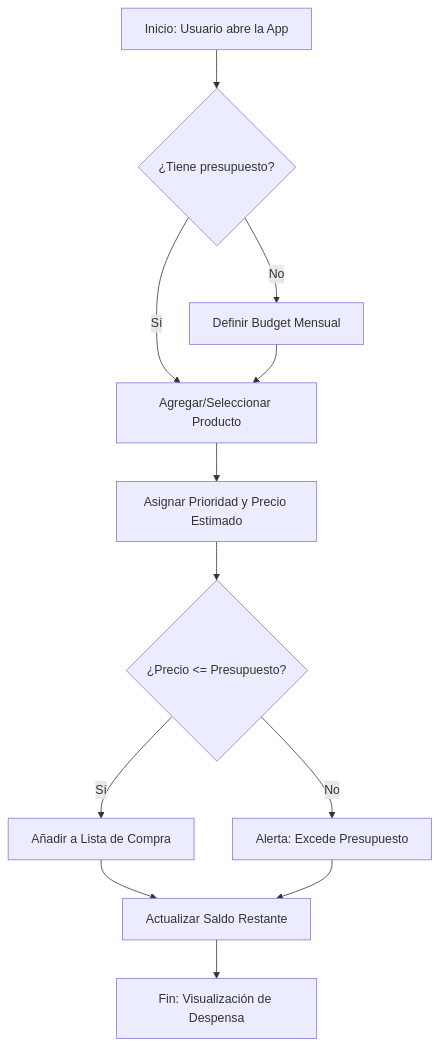
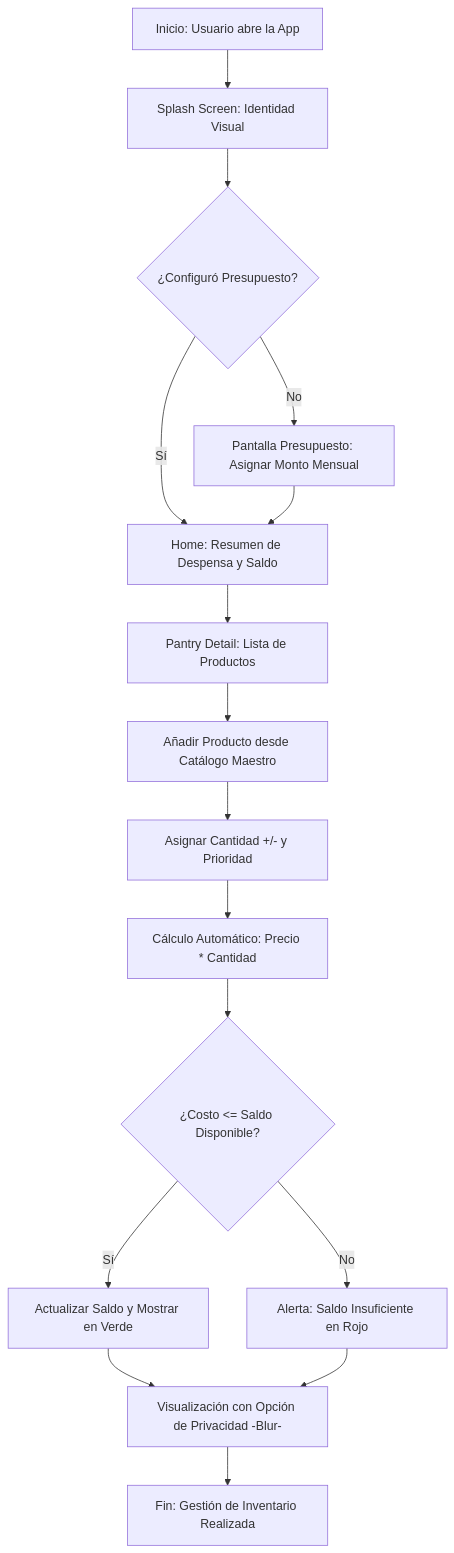
The diagram in README.md (Drakz0n/TuDespensa), drawn with Mermaid before and after one commit. The commit also changed other lines of this file, not shown here.

First line of the commit message:
- Se completo el README.MD con la informacion solicita en la rubrica

````diff
--- a/README.md
+++ b/README.md
@@ -56,14 +79,26 @@
 ```mermaid
 graph TD
-    A[Inicio: Usuario abre la App] --> B{¿Tiene presupuesto?}
-    B -- No --> C[Definir Budget Mensual]
-    B -- Sí --> D[Agregar/Seleccionar Producto]
-    C --> D
-    D --> E[Asignar Prioridad y Precio Estimado]
-    E --> F{¿Precio <= Presupuesto?}
-    F -- Sí --> G[Añadir a Lista de Compra]
-    F -- No --> H[Alerta: Excede Presupuesto]
-    G --> I[Actualizar Saldo Restante]
-    H --> I
-    I --> J[Fin: Visualización de Despensa]
+    A[Inicio: Usuario abre la App] --> B[Splash Screen: Identidad Visual]
+    B --> C{¿Configuró Presupuesto?}
+    
+    C -- No --> D[Pantalla Presupuesto: Asignar Monto Mensual]
+    C -- Sí --> E[Home: Resumen de Despensa y Saldo]
+    
+    D --> E
+    
+    E --> F[Pantry Detail: Lista de Productos]
+    F --> G[Añadir Producto desde Catálogo Maestro]
+    
+    G --> H[Asignar Cantidad +/- y Prioridad]
+    H --> I[Cálculo Automático: Precio * Cantidad]
+    
+    I --> J{¿Costo <= Saldo Disponible?}
+    
+    J -- Sí --> K[Actualizar Saldo y Mostrar en Verde]
+    J -- No --> L[Alerta: Saldo Insuficiente en Rojo]
+    
+    K --> M[Visualización con Opción de Privacidad -Blur-]
+    L --> M
+    
+    M --> N[Fin: Gestión de Inventario Realizada]
 ```
````
